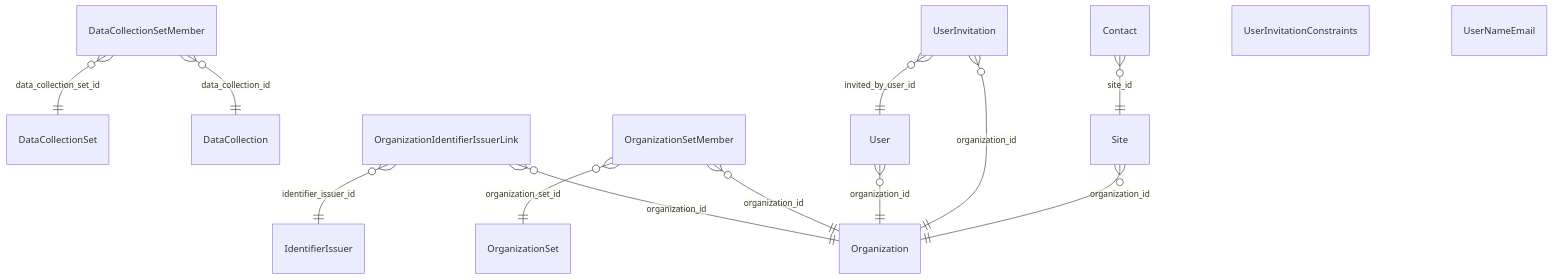
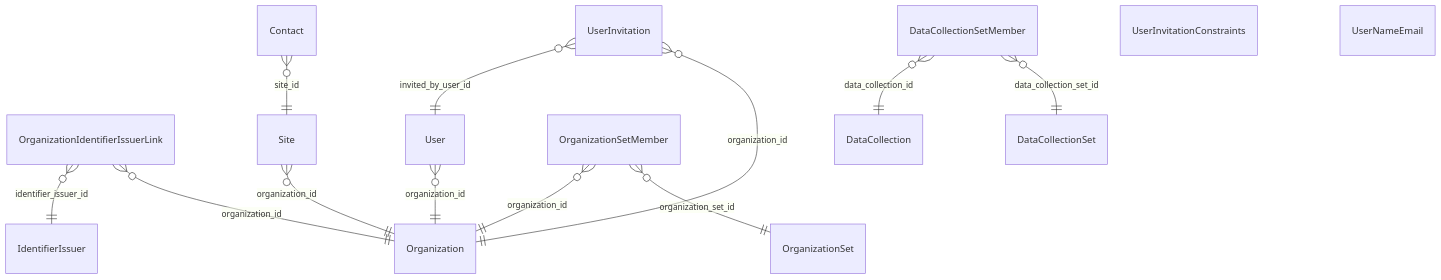
One commit to RIVM-bioinformatics/gen-epix-api changed the diagram in docs/erm/commondb.organization.md. Above: the diagram before and after it, drawn with Mermaid. The commit also changed other lines of this file and 142 other files, not shown here.

````diff
--- a/docs/erm/commondb.organization.md
+++ b/docs/erm/commondb.organization.md
@@ -5,24 +5,24 @@
 ```mermaid
 erDiagram
     %% commondb / ORGANIZATION (simplified)
 
     %% Relationships
-    DataCollectionSetMember }o--|| DataCollectionSet : "data_collection_set_id"
-    DataCollectionSetMember }o--|| DataCollection : "data_collection_id"
     OrganizationIdentifierIssuerLink }o--|| Organization : "organization_id"
     OrganizationIdentifierIssuerLink }o--|| IdentifierIssuer : "identifier_issuer_id"
-    OrganizationSetMember }o--|| OrganizationSet : "organization_set_id"
-    OrganizationSetMember }o--|| Organization : "organization_id"
-    User }o--|| Organization : "organization_id"
     UserInvitation }o--|| Organization : "organization_id"
     UserInvitation }o--|| User : "invited_by_user_id"
     Contact }o--|| Site : "site_id"
     Site }o--|| Organization : "organization_id"
+    OrganizationSetMember }o--|| OrganizationSet : "organization_set_id"
+    OrganizationSetMember }o--|| Organization : "organization_id"
+    DataCollectionSetMember }o--|| DataCollectionSet : "data_collection_set_id"
+    DataCollectionSetMember }o--|| DataCollection : "data_collection_id"
+    User }o--|| Organization : "organization_id"
 
     UserInvitationConstraints {
     }
 
     UserNameEmail {
     }
 
 ```
````
